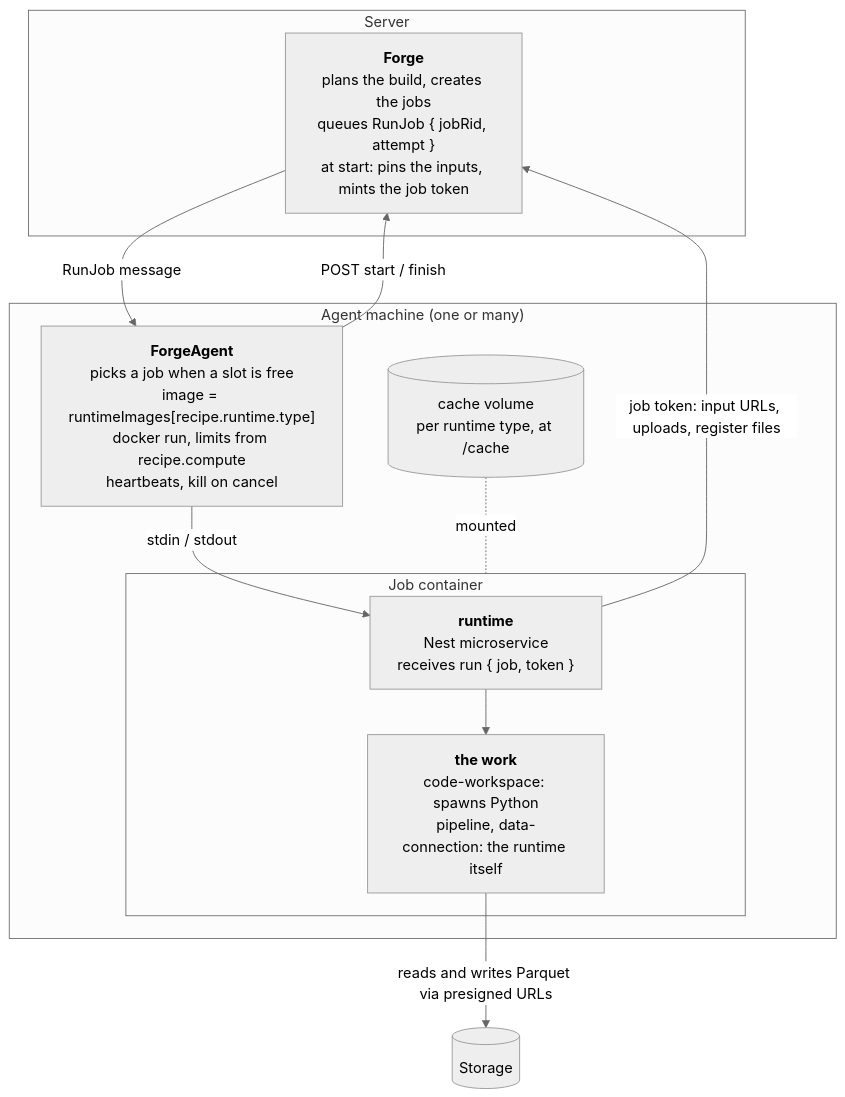
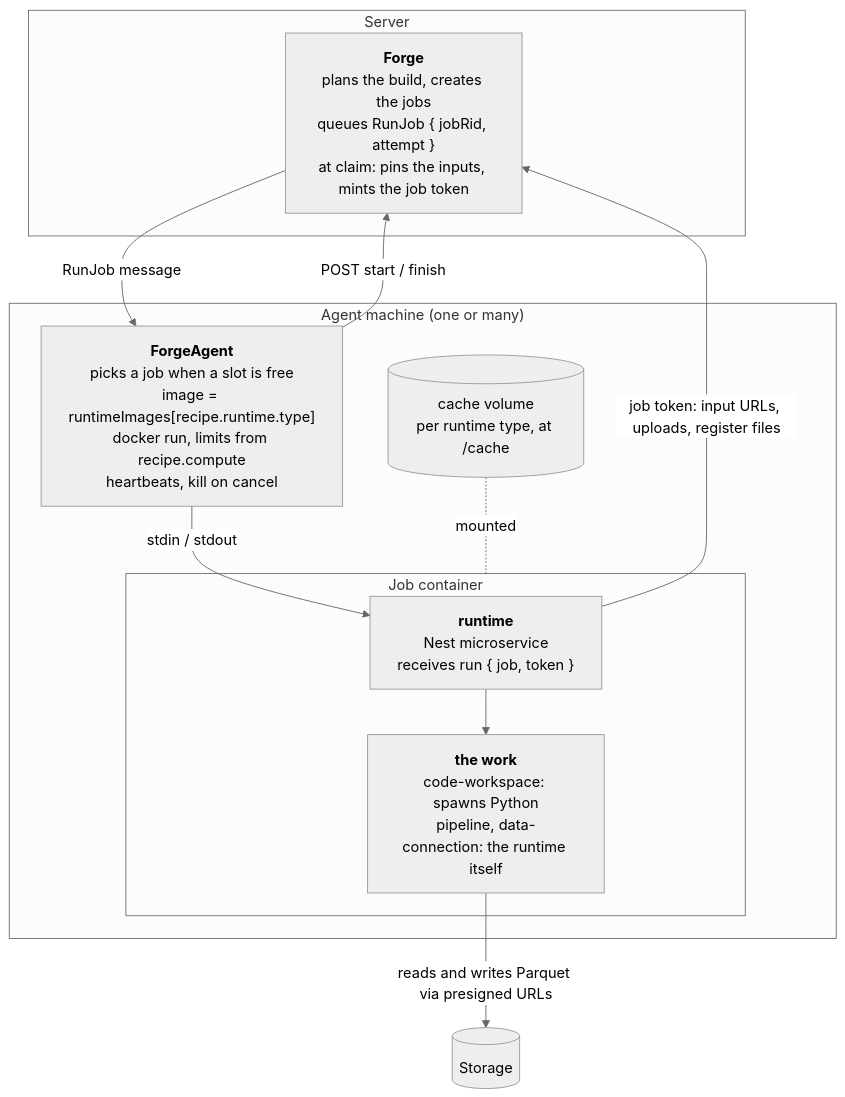
One commit to RolandTeslaru/Quarry changed the first of 12 diagrams in docs/design/forge-runtimes.md. Above: the diagram before and after it, drawn with Mermaid (neutral theme). The commit also changed other lines of this file and 34 other files, not shown here.

First line of the commit message:
refactor: rename job handling methods in ForgeAgent to use 'claim' instead of 'start'

````diff
--- a/docs/design/forge-runtimes.md
+++ b/docs/design/forge-runtimes.md
@@ -9,26 +9,26 @@
 ```mermaid
 flowchart TB
     subgraph server["Server"]
-        forge["<b>Forge</b><br/>plans the build, creates the jobs<br/>queues RunJob { jobRid, attempt }<br/>at start: pins the inputs, mints the job token"]
+        forge["<b>Forge</b><br/>plans the build, creates the jobs<br/>queues RunJob { jobRid, attempt }<br/>at claim: pins the inputs, mints the job token"]
     end
 
     subgraph machine["Agent machine (one or many)"]
         agent["<b>ForgeAgent</b><br/>picks a job when a slot is free<br/>image = runtimeImages[recipe.runtime.type]<br/>docker run, limits from recipe.compute<br/>heartbeats, kill on cancel"]
         cache[("cache volume<br/>per runtime type, at /cache")]
 
         subgraph container["Job container"]
             runtime["<b>runtime</b><br/>Nest microservice<br/>receives run { job, token }"]
             work["<b>the work</b><br/>code-workspace: spawns Python<br/>pipeline, data-connection: the runtime itself"]
         end
     end
 
     storage[("Storage")]
 
     forge -- "RunJob message" --> agent
     agent -- "POST start / finish" --> forge
     agent -- "stdin / stdout" --> runtime
     cache -. "mounted" .- container
     runtime --> work
     runtime -- "job token: input URLs, uploads, register files" --> forge
     work -- "reads and writes Parquet via presigned URLs" --> storage
 ```
````
